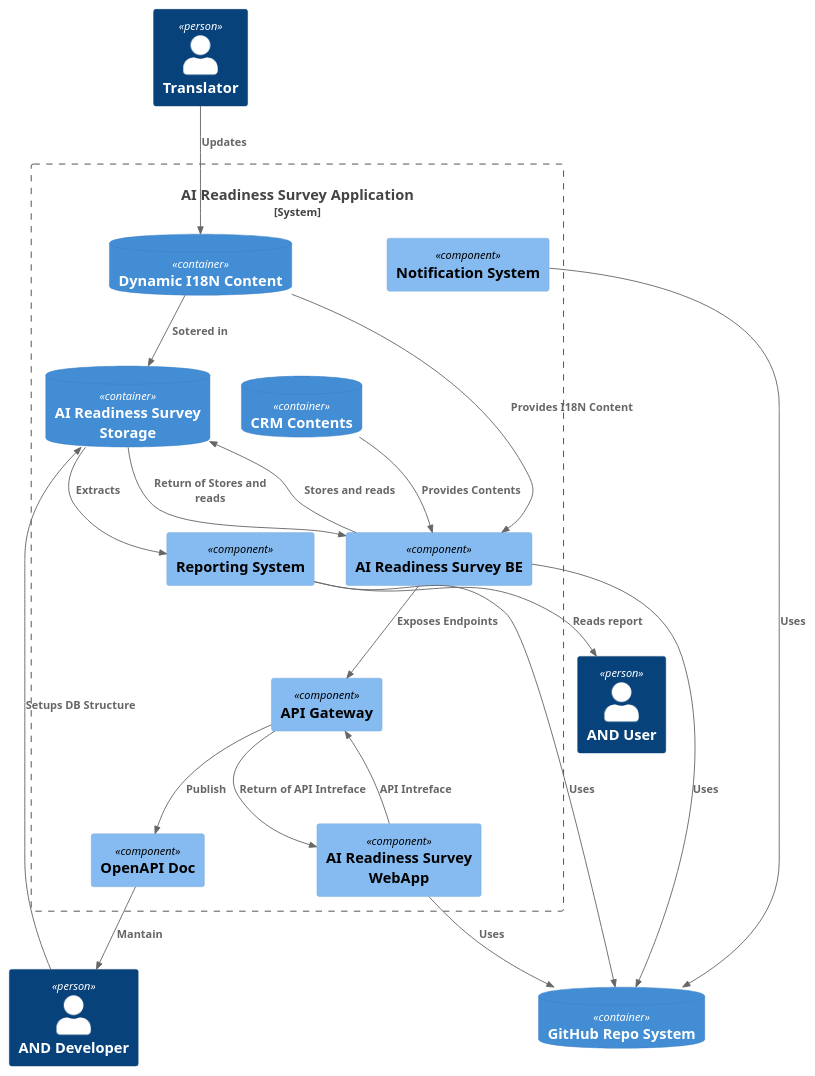
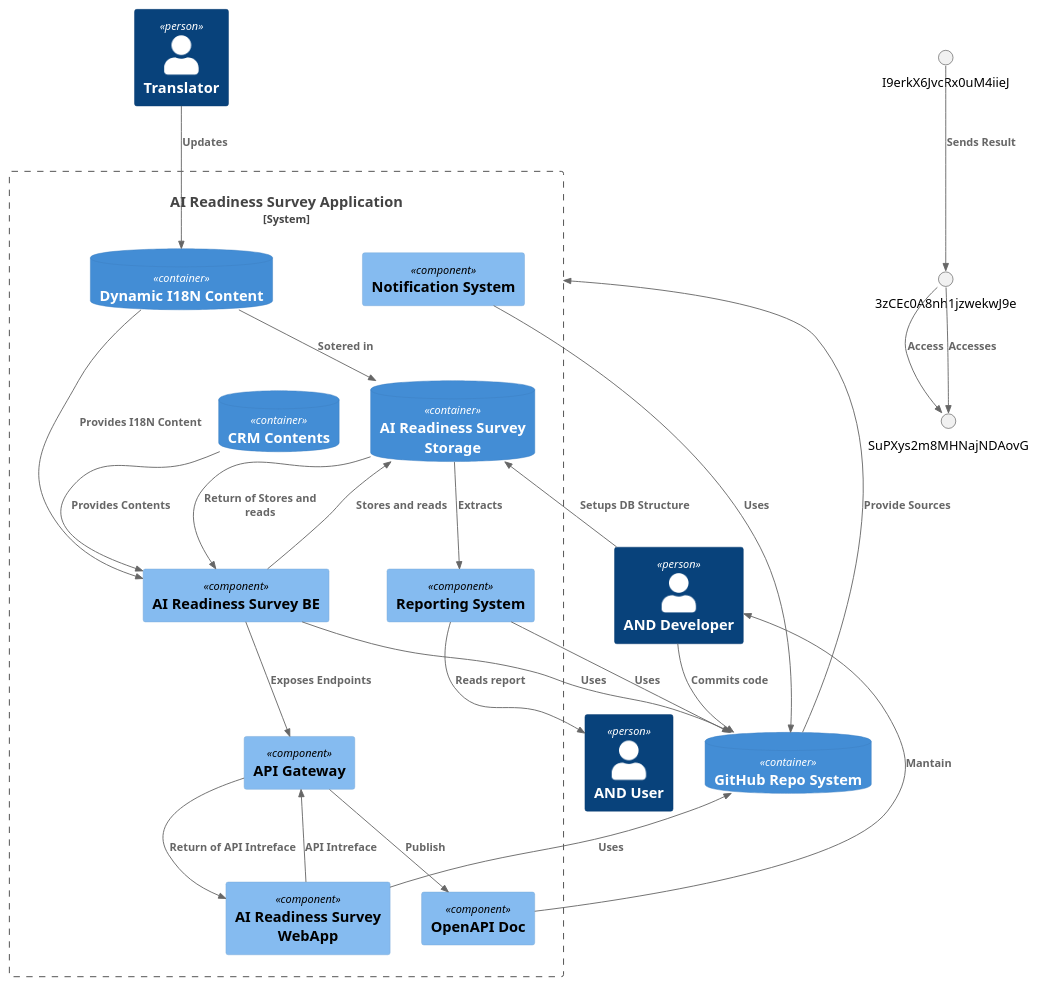
One commit to brunasti/icepanel-tools changed the diagram in examples/ai/icePanel-C4-2-AI_Readiness_Survey_Application.puml. Above: the diagram before and after it, drawn with PlantUML. The commit also changed 7 other files, not shown here.

```diff
--- a/examples/ai/icePanel-C4-2-AI_Readiness_Survey_Application.puml
+++ b/examples/ai/icePanel-C4-2-AI_Readiness_Survey_Application.puml
@@ -4,7 +4,7 @@
 ' Converter          : it.brunasti.icepanel.tools.IcePanelToPlantUmlConverter
 ' IcePanel JSON File : [./examples/ai/ARS-AI_Readiness_Survey.json]
 ' Configuration      : [./examples/ai/config.json]
-' Generated at       : Thu May 02 15:48:25 CEST 2024
+' Generated at       : Thu May 02 16:14:47 CEST 2024
 
 !include https://raw.githubusercontent.com/plantuml-stdlib/C4-PlantUML/master/C4_Context.puml
 !include https://raw.githubusercontent.com/plantuml-stdlib/C4-PlantUML/master/C4_Component.puml
@@ -33,77 +33,179 @@
 
 
 ' SUB DIAGRAM CONNECTIONS ======= Base : [MVsaKWytzsPec5DvAzrJ]
+' CONNECTION : [Stores and reads] [d0yXDxJmyhA9EL5YiepF] [tlobGJ03gGg0eTGJjeCt] [bidirectional]
 ' Internal of (MVsaKWytzsPec5DvAzrJ) (MVsaKWytzsPec5DvAzrJ)
 ' but at least one first level
 ' search source ancestor
 ' Found source ancestor
 Rel(SPQI7VF4lQr2xI6LfLFL, tlobGJ03gGg0eTGJjeCt, "Stores and reads" )
 Rel(tlobGJ03gGg0eTGJjeCt, SPQI7VF4lQr2xI6LfLFL, "Return of Stores and reads" )
+' CONNECTION : [Responds] [ccRXgtE4SCPOsJ86Bucd] [tkH0Nyiet0J81k3G0P0b] [outgoing]
+' Internal of (MVsaKWytzsPec5DvAzrJ) (MVsaKWytzsPec5DvAzrJ)
+' Rel(ccRXgtE4SCPOsJ86Bucd, tkH0Nyiet0J81k3G0P0b, "Responds" )
+' CONNECTION : [Utilises] [d0yXDxJmyhA9EL5YiepF] [VfVOeO3QyBIGXrvCOwIi] [outgoing]
+' Internal of (MVsaKWytzsPec5DvAzrJ) (MVsaKWytzsPec5DvAzrJ)
+' Rel(d0yXDxJmyhA9EL5YiepF, VfVOeO3QyBIGXrvCOwIi, "Utilises" )
+' CONNECTION : [Uses] [bJilmQwJf6L105KZVIqf] [LS52GSxTaF82aLsMAGUJ] [outgoing]
+' Internal of (MVsaKWytzsPec5DvAzrJ) (MVsaKWytzsPec5DvAzrJ)
+' Rel(bJilmQwJf6L105KZVIqf, LS52GSxTaF82aLsMAGUJ, "Uses" )
+' CONNECTION : [Composes] [tkH0Nyiet0J81k3G0P0b] [7eu55kM96LjjrzxMB2kO] [outgoing]
+' Internal of (MVsaKWytzsPec5DvAzrJ) (MVsaKWytzsPec5DvAzrJ)
+' Rel(tkH0Nyiet0J81k3G0P0b, 7eu55kM96LjjrzxMB2kO, "Composes" )
+' CONNECTION : [Extracts] [tlobGJ03gGg0eTGJjeCt] [Zas67UmkOs1zk4BhDirK] [outgoing]
 ' Internal of (MVsaKWytzsPec5DvAzrJ) (MVsaKWytzsPec5DvAzrJ)
 ' but at least one first level
 ' both
 Rel(tlobGJ03gGg0eTGJjeCt, Zas67UmkOs1zk4BhDirK, "Extracts" )
+' CONNECTION : [Accesses] [d0yXDxJmyhA9EL5YiepF] [5eGbhrgZL6CVjXVxG9EB] [outgoing]
+' Internal of (MVsaKWytzsPec5DvAzrJ) (MVsaKWytzsPec5DvAzrJ)
+' Rel(d0yXDxJmyhA9EL5YiepF, 5eGbhrgZL6CVjXVxG9EB, "Accesses" )
+' CONNECTION : [Mantain] [3aSu0mcX7m60VrLzm7L6] [aoPaRfmaQuiM5hH5QhmS] [outgoing]
 ' but at least one first level
 ' search target ancestor
 ' Target ancestor out of the container
 Rel(3aSu0mcX7m60VrLzm7L6, aoPaRfmaQuiM5hH5QhmS, "Mantain" )
+' CONNECTION : [User Survey Result] [4S6STeueefjDuU4xPjRW] [bJilmQwJf6L105KZVIqf] [outgoing]
+' Internal of (MVsaKWytzsPec5DvAzrJ) (MVsaKWytzsPec5DvAzrJ)
+' Rel(4S6STeueefjDuU4xPjRW, bJilmQwJf6L105KZVIqf, "User Survey Result" )
+' CONNECTION : [Compiles] [K4wE6hv7lp6PXCIzvmzi] [7eu55kM96LjjrzxMB2kO] [outgoing]
+' Internal of (MVsaKWytzsPec5DvAzrJ) (MVsaKWytzsPec5DvAzrJ)
+' Rel(K4wE6hv7lp6PXCIzvmzi, 7eu55kM96LjjrzxMB2kO, "Compiles" )
+' CONNECTION : [Controls Access] [SuPXys2m8MHNajNDAovG] [V9vsEFD13t044w0g9kcU] [outgoing]
+' Internal of (MVsaKWytzsPec5DvAzrJ) (MVsaKWytzsPec5DvAzrJ)
+' Rel(SuPXys2m8MHNajNDAovG, V9vsEFD13t044w0g9kcU, "Controls Access" )
+' CONNECTION : [Provides Contents] [6KEeGMtfXzcAtPxRMm95] [5eGbhrgZL6CVjXVxG9EB] [outgoing]
 ' Internal of (MVsaKWytzsPec5DvAzrJ) (MVsaKWytzsPec5DvAzrJ)
 ' but at least one first level
 ' search target ancestor
 ' Found target ancestor
 Rel(6KEeGMtfXzcAtPxRMm95, SPQI7VF4lQr2xI6LfLFL, "Provides Contents" )
+' CONNECTION : [Access] [3zCEc0A8nh1jzwekwJ9e] [SuPXys2m8MHNajNDAovG] [outgoing]
+Rel(3zCEc0A8nh1jzwekwJ9e, SuPXys2m8MHNajNDAovG, "Access" )
+' CONNECTION : [Answered by] [K4wE6hv7lp6PXCIzvmzi] [bJilmQwJf6L105KZVIqf] [outgoing]
+' Internal of (MVsaKWytzsPec5DvAzrJ) (MVsaKWytzsPec5DvAzrJ)
+' Rel(K4wE6hv7lp6PXCIzvmzi, bJilmQwJf6L105KZVIqf, "Answered by" )
+' CONNECTION : [Corresponds] [ccRXgtE4SCPOsJ86Bucd] [ToaUegZzOkTYIdKge5Qq] [outgoing]
+' Internal of (MVsaKWytzsPec5DvAzrJ) (MVsaKWytzsPec5DvAzrJ)
+' Rel(ccRXgtE4SCPOsJ86Bucd, ToaUegZzOkTYIdKge5Qq, "Corresponds" )
+' CONNECTION : [Updates] [I3ut2I4Ct9f3UDszgxf1] [iZVcQxlnkbrnOYjJqqv2] [outgoing]
 ' but at least one first level
 ' search source ancestor
 ' Source ancestor out of the container
 Rel(I3ut2I4Ct9f3UDszgxf1, iZVcQxlnkbrnOYjJqqv2, "Updates" )
+' CONNECTION : [Delivers] [V9vsEFD13t044w0g9kcU] [VK9ZFiCYByBvFGzQxBpq] [outgoing]
+' Internal of (MVsaKWytzsPec5DvAzrJ) (MVsaKWytzsPec5DvAzrJ)
+' Rel(V9vsEFD13t044w0g9kcU, VK9ZFiCYByBvFGzQxBpq, "Delivers" )
+' CONNECTION : [API Intreface] [x6BTWIQ3rThpdBgHOSRZ] [mCLYSixzXMXK6M59oIYW] [bidirectional]
 ' Internal of (MVsaKWytzsPec5DvAzrJ) (MVsaKWytzsPec5DvAzrJ)
 ' but at least one first level
 ' search source ancestor
 ' Found source ancestor
 Rel(5hrlGZy5caua0ihnw1fz, mCLYSixzXMXK6M59oIYW, "API Intreface" )
 Rel(mCLYSixzXMXK6M59oIYW, 5hrlGZy5caua0ihnw1fz, "Return of API Intreface" )
+' CONNECTION : [Implemented by] [fhOu4B6mDXc7nf9z8b9C] [d0yXDxJmyhA9EL5YiepF] [outgoing]
+' Internal of (MVsaKWytzsPec5DvAzrJ) (MVsaKWytzsPec5DvAzrJ)
+' Rel(fhOu4B6mDXc7nf9z8b9C, d0yXDxJmyhA9EL5YiepF, "Implemented by" )
+' CONNECTION : [Provides I18N Content] [iZVcQxlnkbrnOYjJqqv2] [VfVOeO3QyBIGXrvCOwIi] [outgoing]
 ' Internal of (MVsaKWytzsPec5DvAzrJ) (MVsaKWytzsPec5DvAzrJ)
 ' but at least one first level
 ' search target ancestor
 ' Found target ancestor
 Rel(iZVcQxlnkbrnOYjJqqv2, SPQI7VF4lQr2xI6LfLFL, "Provides I18N Content" )
+' CONNECTION : [Set Value for] [XrwLMmIqBRBHFCQBkwLC] [kqoiQoApomG9vCdJgRCS] [outgoing]
+' Internal of (MVsaKWytzsPec5DvAzrJ) (MVsaKWytzsPec5DvAzrJ)
+' Rel(XrwLMmIqBRBHFCQBkwLC, kqoiQoApomG9vCdJgRCS, "Set Value for" )
+' CONNECTION : [Setups DB Structure] [aoPaRfmaQuiM5hH5QhmS] [tlobGJ03gGg0eTGJjeCt] [outgoing]
 ' but at least one first level
 ' search source ancestor
 ' Source ancestor out of the container
 Rel(aoPaRfmaQuiM5hH5QhmS, tlobGJ03gGg0eTGJjeCt, "Setups DB Structure" )
+' CONNECTION : [Uses] [5hrlGZy5caua0ihnw1fz] [Fyh0CkKDWXU6cSuyq7FS] [outgoing]
 ' but at least one first level
 ' search target ancestor
 ' Target ancestor out of the container
 Rel(5hrlGZy5caua0ihnw1fz, Fyh0CkKDWXU6cSuyq7FS, "Uses" )
+' CONNECTION : [Refers to User] [XrwLMmIqBRBHFCQBkwLC] [bJilmQwJf6L105KZVIqf] [outgoing]
+' Internal of (MVsaKWytzsPec5DvAzrJ) (MVsaKWytzsPec5DvAzrJ)
+' Rel(XrwLMmIqBRBHFCQBkwLC, bJilmQwJf6L105KZVIqf, "Refers to User" )
+' CONNECTION : [Corresponds to Stage (Derived)] [LsUYohywFy73cbNxkS1m] [ToaUegZzOkTYIdKge5Qq] [outgoing]
+' Internal of (MVsaKWytzsPec5DvAzrJ) (MVsaKWytzsPec5DvAzrJ)
+' Rel(LsUYohywFy73cbNxkS1m, ToaUegZzOkTYIdKge5Qq, "Corresponds to Stage (Derived)" )
+' CONNECTION : [Commits code] [aoPaRfmaQuiM5hH5QhmS] [Fyh0CkKDWXU6cSuyq7FS] [outgoing]
+Rel(aoPaRfmaQuiM5hH5QhmS, Fyh0CkKDWXU6cSuyq7FS, "Commits code" )
+' CONNECTION : [Publish] [mCLYSixzXMXK6M59oIYW] [3aSu0mcX7m60VrLzm7L6] [outgoing]
 ' Internal of (MVsaKWytzsPec5DvAzrJ) (MVsaKWytzsPec5DvAzrJ)
 ' but at least one first level
 ' both
 Rel(mCLYSixzXMXK6M59oIYW, 3aSu0mcX7m60VrLzm7L6, "Publish" )
+' CONNECTION : [Rappresents] [awiZhehg5tNZRyDuZDr9] [7eu55kM96LjjrzxMB2kO] [outgoing]
+' Internal of (MVsaKWytzsPec5DvAzrJ) (MVsaKWytzsPec5DvAzrJ)
+' Rel(awiZhehg5tNZRyDuZDr9, 7eu55kM96LjjrzxMB2kO, "Rappresents" )
+' CONNECTION : [Uses] [INwNu3tqXQVOUeQ95rmz] [Fyh0CkKDWXU6cSuyq7FS] [outgoing]
 ' but at least one first level
 ' search target ancestor
 ' Target ancestor out of the container
 Rel(INwNu3tqXQVOUeQ95rmz, Fyh0CkKDWXU6cSuyq7FS, "Uses" )
+' CONNECTION : [Translates] [TxZtQCNHfOvU0hauU7me] [LS52GSxTaF82aLsMAGUJ] [outgoing]
+' Internal of (MVsaKWytzsPec5DvAzrJ) (MVsaKWytzsPec5DvAzrJ)
+' Rel(TxZtQCNHfOvU0hauU7me, LS52GSxTaF82aLsMAGUJ, "Translates" )
+' CONNECTION : [Dimension] [4S6STeueefjDuU4xPjRW] [awiZhehg5tNZRyDuZDr9] [outgoing]
+' Internal of (MVsaKWytzsPec5DvAzrJ) (MVsaKWytzsPec5DvAzrJ)
+' Rel(4S6STeueefjDuU4xPjRW, awiZhehg5tNZRyDuZDr9, "Dimension" )
+' CONNECTION : [Sends Result] [I9erkX6JvcRx0uM4iieJ] [3zCEc0A8nh1jzwekwJ9e] [outgoing]
+Rel(I9erkX6JvcRx0uM4iieJ, 3zCEc0A8nh1jzwekwJ9e, "Sends Result" )
+' CONNECTION : [Exposes Endpoints] [fhOu4B6mDXc7nf9z8b9C] [mCLYSixzXMXK6M59oIYW] [outgoing]
 ' Internal of (MVsaKWytzsPec5DvAzrJ) (MVsaKWytzsPec5DvAzrJ)
 ' but at least one first level
 ' search source ancestor
 ' Found source ancestor
 Rel(SPQI7VF4lQr2xI6LfLFL, mCLYSixzXMXK6M59oIYW, "Exposes Endpoints" )
+' CONNECTION : [Executes] [V9vsEFD13t044w0g9kcU] [x6BTWIQ3rThpdBgHOSRZ] [outgoing]
+' Internal of (MVsaKWytzsPec5DvAzrJ) (MVsaKWytzsPec5DvAzrJ)
+' Rel(V9vsEFD13t044w0g9kcU, x6BTWIQ3rThpdBgHOSRZ, "Executes" )
+' CONNECTION : [status] [K4wE6hv7lp6PXCIzvmzi] [dOWFs1FDNaWOGsbJJUas] [outgoing]
+' Internal of (MVsaKWytzsPec5DvAzrJ) (MVsaKWytzsPec5DvAzrJ)
+' Rel(K4wE6hv7lp6PXCIzvmzi, dOWFs1FDNaWOGsbJJUas, "status" )
+' CONNECTION : [Reads data] [Q4JwBYUNizhrOK6IVNU0] [d0yXDxJmyhA9EL5YiepF] [outgoing]
+' Internal of (MVsaKWytzsPec5DvAzrJ) (MVsaKWytzsPec5DvAzrJ)
+' Rel(Q4JwBYUNizhrOK6IVNU0, d0yXDxJmyhA9EL5YiepF, "Reads data" )
+' CONNECTION : [Uses] [SPQI7VF4lQr2xI6LfLFL] [Fyh0CkKDWXU6cSuyq7FS] [outgoing]
 ' but at least one first level
 ' search target ancestor
 ' Target ancestor out of the container
 Rel(SPQI7VF4lQr2xI6LfLFL, Fyh0CkKDWXU6cSuyq7FS, "Uses" )
+' CONNECTION : [Is Part Of] [tkH0Nyiet0J81k3G0P0b] [awiZhehg5tNZRyDuZDr9] [outgoing]
+' Internal of (MVsaKWytzsPec5DvAzrJ) (MVsaKWytzsPec5DvAzrJ)
+' Rel(tkH0Nyiet0J81k3G0P0b, awiZhehg5tNZRyDuZDr9, "Is Part Of" )
+' CONNECTION : [Uses] [Zas67UmkOs1zk4BhDirK] [Fyh0CkKDWXU6cSuyq7FS] [outgoing]
 ' but at least one first level
 ' search target ancestor
 ' Target ancestor out of the container
 Rel(Zas67UmkOs1zk4BhDirK, Fyh0CkKDWXU6cSuyq7FS, "Uses" )
+' CONNECTION : [Reads report] [Zas67UmkOs1zk4BhDirK] [KkUEHQQOml7FBUrTDfgF] [outgoing]
 ' but at least one first level
 ' search target ancestor
 ' Target ancestor out of the container
 Rel(Zas67UmkOs1zk4BhDirK, KkUEHQQOml7FBUrTDfgF, "Reads report" )
+' CONNECTION : [Refers to] [kqoiQoApomG9vCdJgRCS] [7eu55kM96LjjrzxMB2kO] [bidirectional]
+' Internal of (MVsaKWytzsPec5DvAzrJ) (MVsaKWytzsPec5DvAzrJ)
+' Rel(kqoiQoApomG9vCdJgRCS, 7eu55kM96LjjrzxMB2kO, "Refers to" )
+' Rel(7eu55kM96LjjrzxMB2kO, kqoiQoApomG9vCdJgRCS, "Return of Refers to" )
+' CONNECTION : [User Question Response] [LsUYohywFy73cbNxkS1m] [ccRXgtE4SCPOsJ86Bucd] [outgoing]
+' Internal of (MVsaKWytzsPec5DvAzrJ) (MVsaKWytzsPec5DvAzrJ)
+' Rel(LsUYohywFy73cbNxkS1m, ccRXgtE4SCPOsJ86Bucd, "User Question Response" )
+' CONNECTION : [Sotered in] [iZVcQxlnkbrnOYjJqqv2] [tlobGJ03gGg0eTGJjeCt] [outgoing]
 ' Internal of (MVsaKWytzsPec5DvAzrJ) (MVsaKWytzsPec5DvAzrJ)
 ' but at least one first level
 ' both
 Rel(iZVcQxlnkbrnOYjJqqv2, tlobGJ03gGg0eTGJjeCt, "Sotered in" )
+' CONNECTION : [Accesses] [3zCEc0A8nh1jzwekwJ9e] [SuPXys2m8MHNajNDAovG] [outgoing]
+Rel(3zCEc0A8nh1jzwekwJ9e, SuPXys2m8MHNajNDAovG, "Accesses" )
+' CONNECTION : [Requests sending of email] [Q4JwBYUNizhrOK6IVNU0] [I9erkX6JvcRx0uM4iieJ] [outgoing]
+' Internal of (MVsaKWytzsPec5DvAzrJ) (MVsaKWytzsPec5DvAzrJ)
+' Rel(Q4JwBYUNizhrOK6IVNU0, I9erkX6JvcRx0uM4iieJ, "Requests sending of email" )
+' CONNECTION : [Provide Sources] [Fyh0CkKDWXU6cSuyq7FS] [MVsaKWytzsPec5DvAzrJ] [outgoing]
+Rel(Fyh0CkKDWXU6cSuyq7FS, MVsaKWytzsPec5DvAzrJ, "Provide Sources" )
 
 
 @enduml
```
